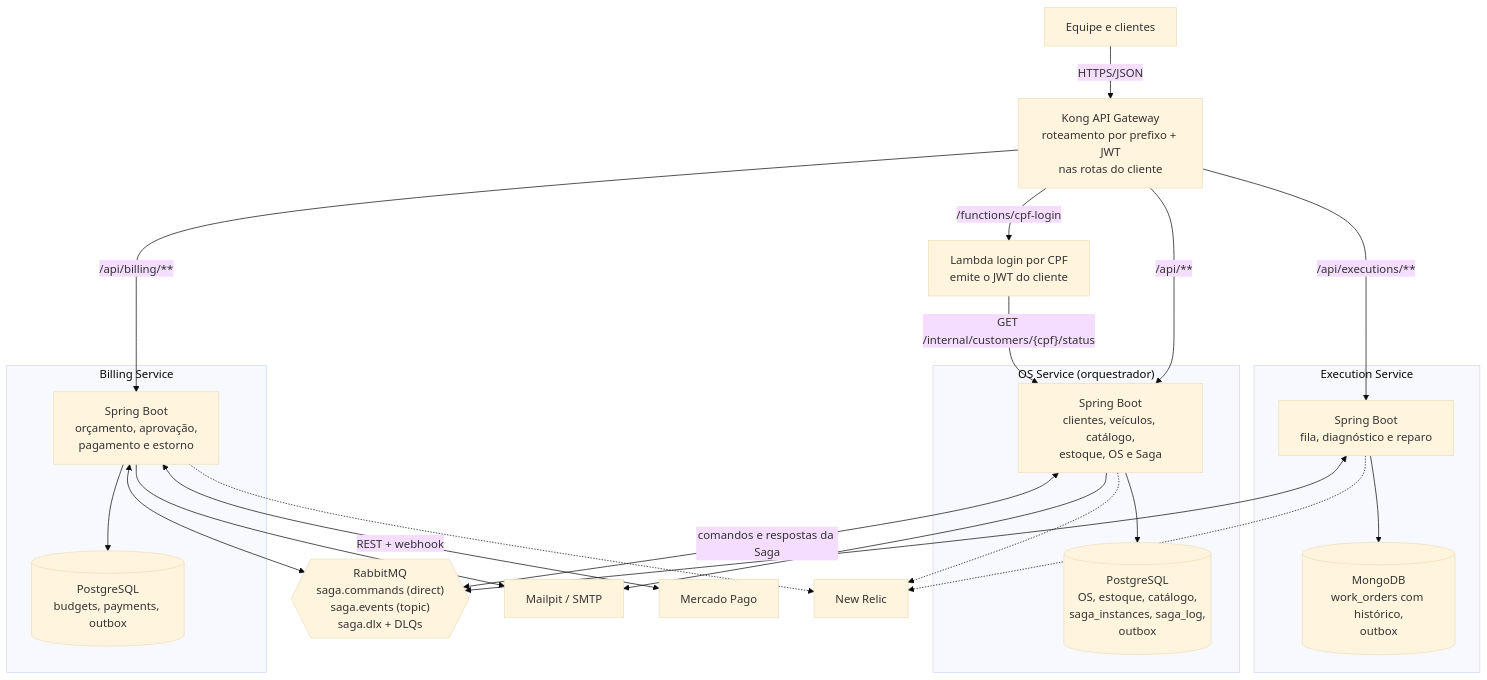
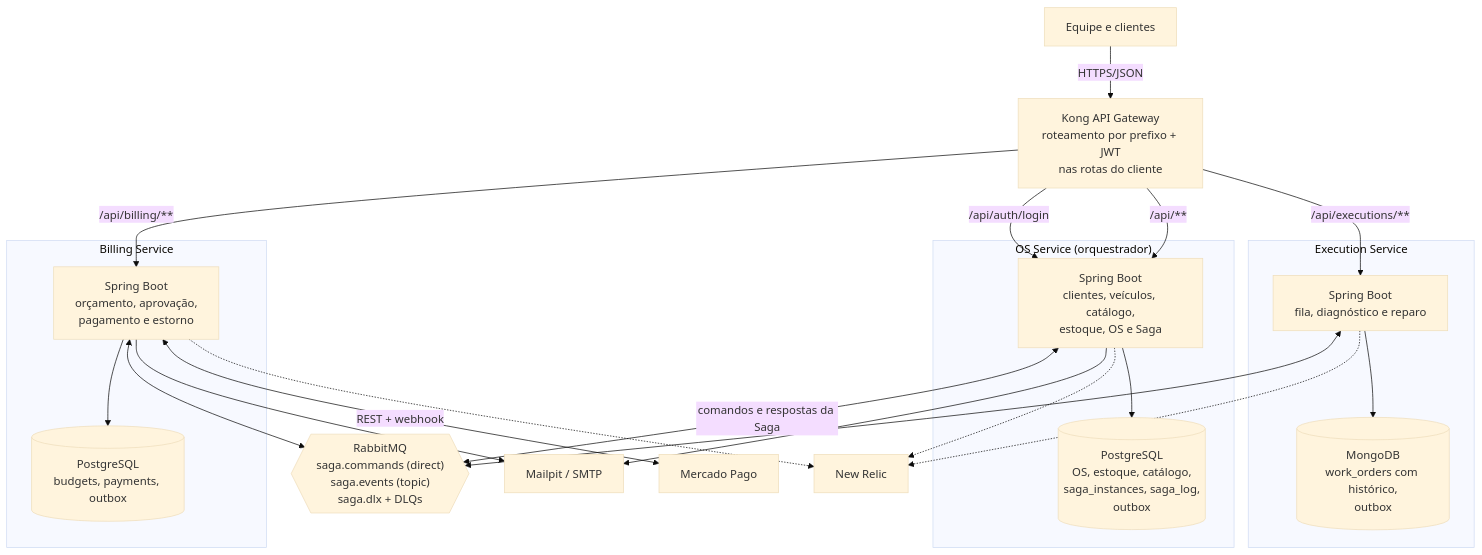
One commit to EddieMarley23/mechanic-shop-os-service changed the second of 4 diagrams in docs/architecture/c4-model.md. Above: the diagram before and after it, drawn with Mermaid (base theme). The commit also changed other lines of this file and 13 other files, not shown here.

````diff
--- a/docs/architecture/c4-model.md
+++ b/docs/architecture/c4-model.md
@@ -39,49 +39,47 @@
 ```mermaid
 flowchart TB
     users["Equipe e clientes"]
 
     kong["Kong API Gateway<br/>roteamento por prefixo + JWT<br/>nas rotas do cliente"]
-    lambda["Lambda login por CPF<br/>emite o JWT do cliente"]
 
     subgraph os["OS Service (orquestrador)"]
         osapi["Spring Boot<br/>clientes, veículos, catálogo,<br/>estoque, OS e Saga"]
         osdb[("PostgreSQL<br/>OS, estoque, catálogo,<br/>saga_instances, saga_log,<br/>outbox")]
     end
 
     subgraph billing["Billing Service"]
         bapi["Spring Boot<br/>orçamento, aprovação,<br/>pagamento e estorno"]
         bdb[("PostgreSQL<br/>budgets, payments, outbox")]
     end
 
     subgraph execution["Execution Service"]
         eapi["Spring Boot<br/>fila, diagnóstico e reparo"]
         edb[("MongoDB<br/>work_orders com histórico,<br/>outbox")]
     end
 
     mq{{"RabbitMQ<br/>saga.commands (direct)<br/>saga.events (topic)<br/>saga.dlx + DLQs"}}
     mail["Mailpit / SMTP"]
     mp["Mercado Pago"]
     nr["New Relic"]
 
     users -->|"HTTPS/JSON"| kong
     kong -->|"/api/**"| osapi
     kong -->|"/api/billing/**"| bapi
     kong -->|"/api/executions/**"| eapi
-    kong -->|"/functions/cpf-login"| lambda
-    lambda -->|"GET /internal/customers/{cpf}/status"| osapi
+    kong -->|"/api/auth/login"| osapi
 
     osapi --> osdb
     bapi --> bdb
     eapi --> edb
 
     osapi <-->|"comandos e respostas da Saga"| mq
     bapi <--> mq
     eapi <--> mq
 
     osapi --> mail
     bapi --> mail
     bapi <-->|"REST + webhook"| mp
     osapi -.-> nr
     bapi -.-> nr
     eapi -.-> nr
 ```
````
